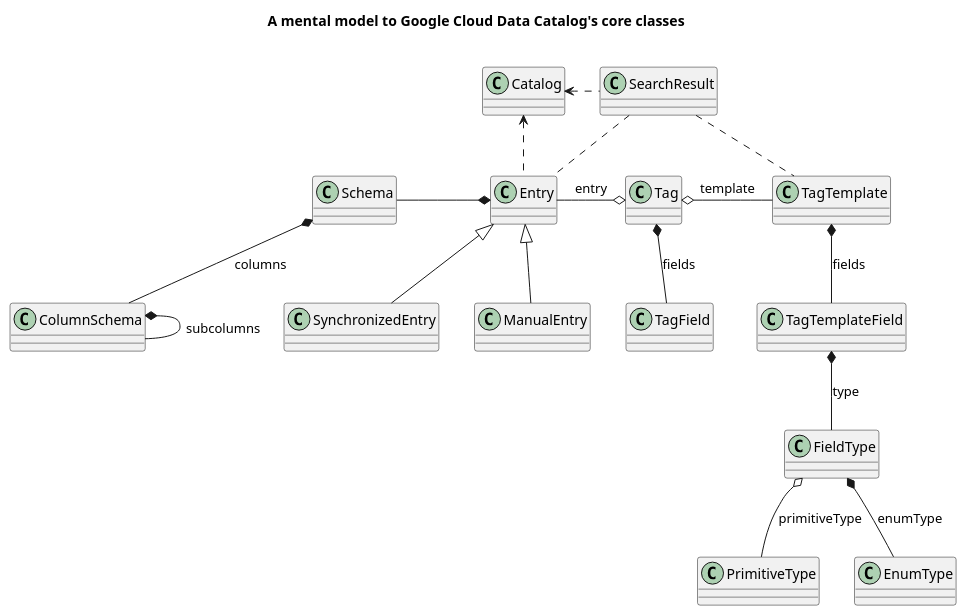
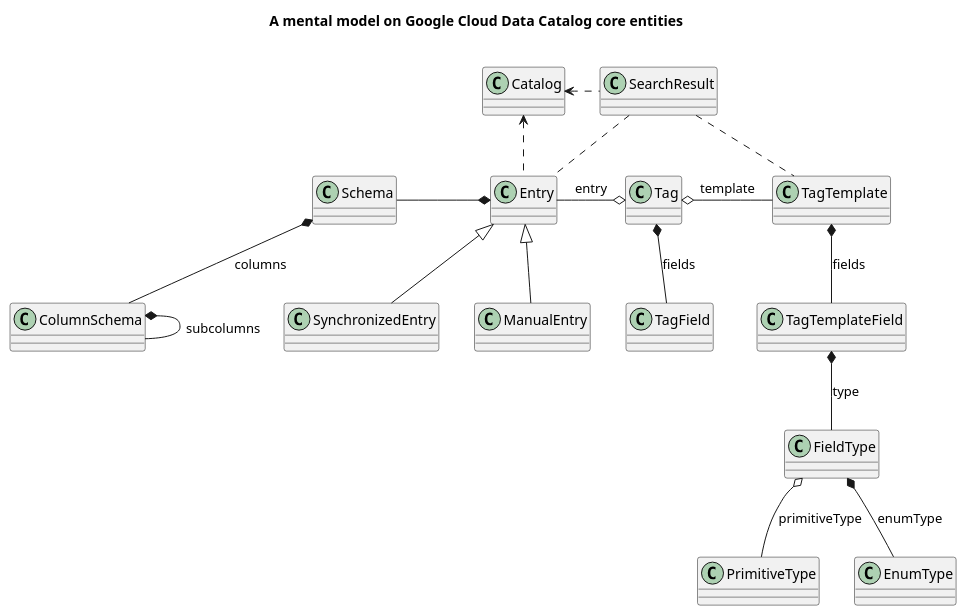
The diagram in mental-model/core-classes.plantuml (ricardolsmendes/gcp-datacatalog-diagrams), drawn with PlantUML before and after one commit. The commit also changed 11 other files, not shown here.

First line of the commit message:
Add diagrams links to the README file (#1)

```diff
--- a/mental-model/core-classes.plantuml
+++ b/mental-model/core-classes.plantuml
@@ -1,26 +1,26 @@
 @startuml
 
-title A mental model to Google Cloud Data Catalog's core classes\n
+title A mental model on Google Cloud Data Catalog core entities\n
 
 
 Catalog <. SearchResult
 Catalog <.. Entry
 SearchResult .. Entry
 SearchResult .. TagTemplate
 
 Entry <|-- ManualEntry
 Entry <|-- SynchronizedEntry
 Schema -* Entry
 Schema *-- ColumnSchema : columns
 ColumnSchema *-- ColumnSchema : subcolumns
 
 Tag o- TagTemplate : template
 Tag *-- TagField : fields
 TagTemplate *-- TagTemplateField : fields
 TagTemplateField *-- FieldType : type
 FieldType o-- PrimitiveType : primitiveType
 FieldType *-- EnumType : enumType
 
 Entry -o Tag : entry
 
 @enduml
```
